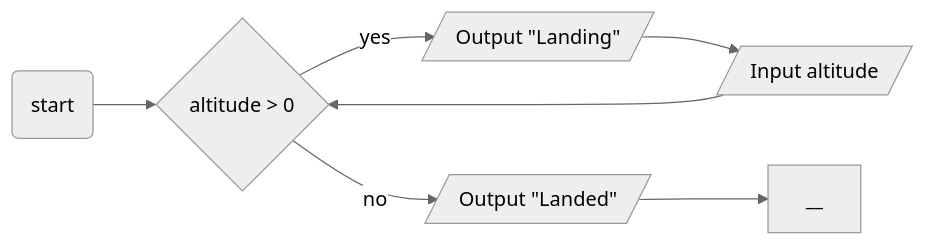
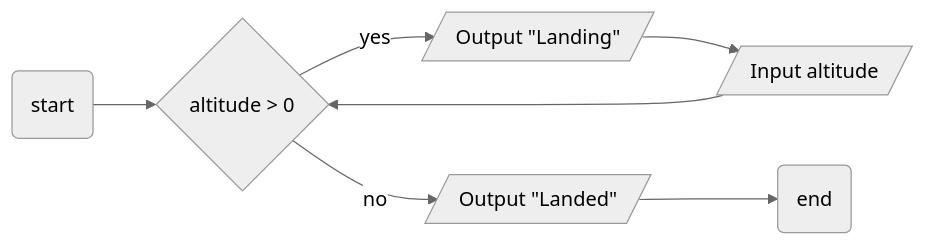
One commit to geko-crooms/programming-concepts-test changed the second of 4 diagrams in README.md. Above: the diagram before and after it, drawn with Mermaid (neutral theme).

Commit message:
Fix flowchart end notation in README.md

````diff
--- a/README.md
+++ b/README.md
@@ -30,5 +30,5 @@
 ```mermaid
 flowchart LR
 _(start)--> C{altitude > 0}-- yes -->A[/Output "Landing"/]-->D[/Input altitude/]-->C
-C-- no -->B[/Output "Landed"/] -->  __
+C-- no -->B[/Output "Landed"/] -->  __(end)
 ```
````
